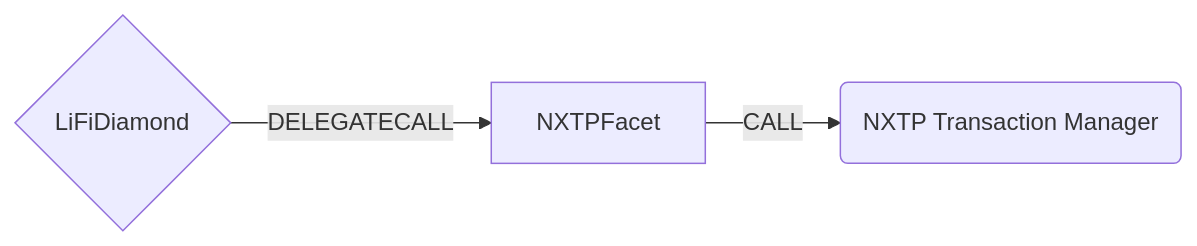
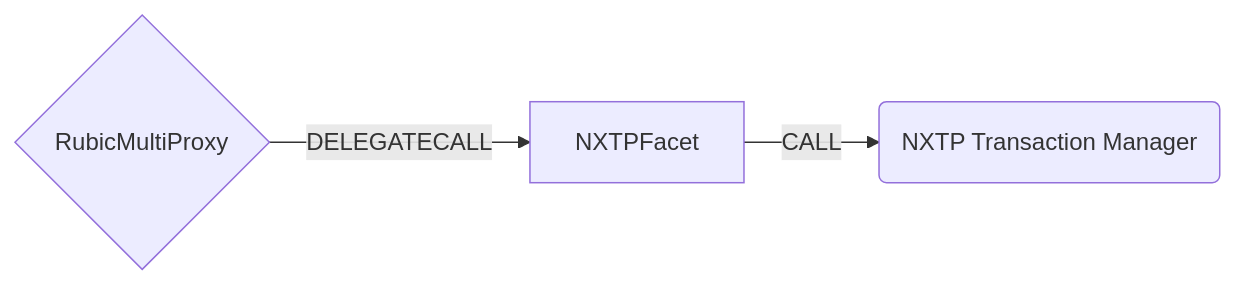
Before and after one commit to Cryptorubic/multi-proxy-rubic: the first of 2 diagrams in docs/NXTPFacet.md, drawn with Mermaid. The commit also changed other lines of this file and 82 other files, not shown here.

````diff
--- a/docs/NXTPFacet.md
+++ b/docs/NXTPFacet.md
@@ -7,5 +7,5 @@
 ```mermaid
 graph LR;
-    D{LiFiDiamond}-- DELEGATECALL -->NXTPFacet;
+    D{RubicMultiProxy}-- DELEGATECALL -->NXTPFacet;
     NXTPFacet -- CALL --> N(NXTP Transaction Manager)
 ```
````
